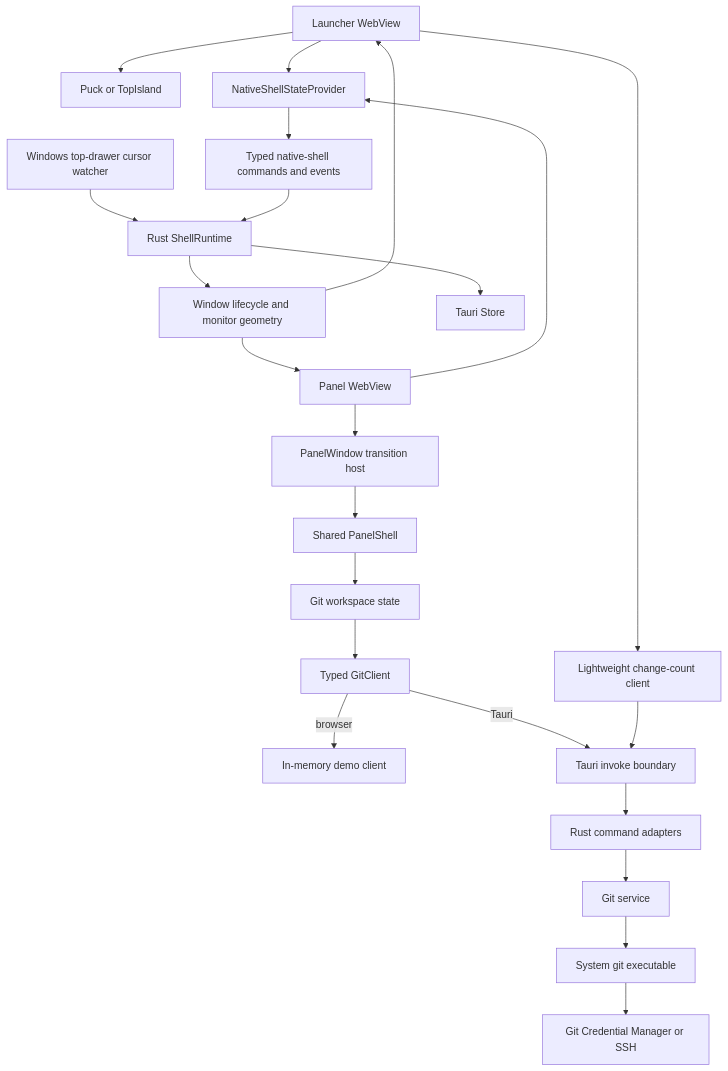
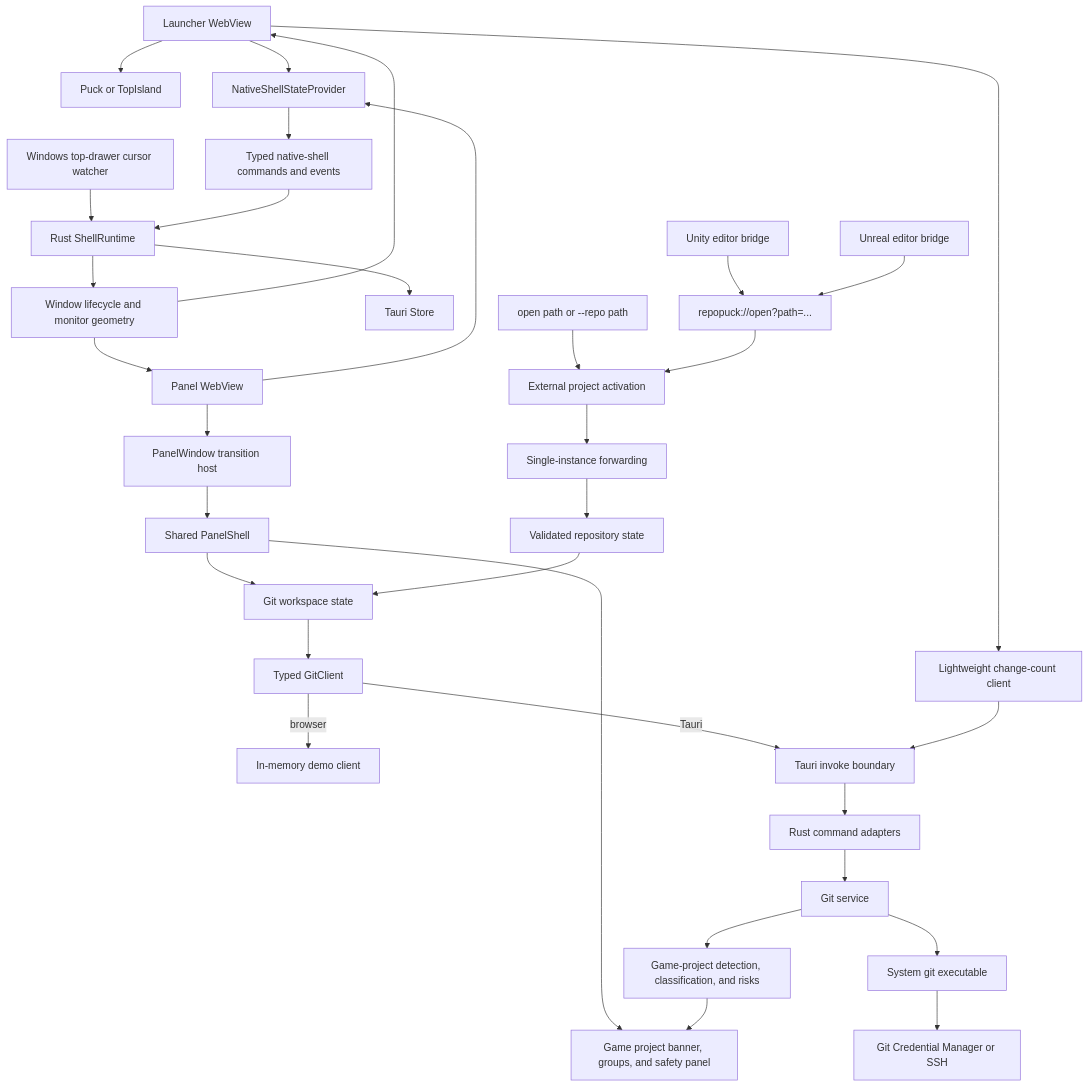
The first of 3 diagrams in docs/architecture.md (YYchainsAw/RepoPuck), drawn with Mermaid before and after one commit. The commit also changed other lines of this file and 4 other files, not shown here.

Commit message:
docs: document game editor workflows

````diff
--- a/docs/architecture.md
+++ b/docs/architecture.md
@@ -15,28 +15,39 @@
 ```mermaid
 flowchart TD
     Launcher["Launcher WebView"] --> Puck["Puck or TopIsland"]
     PanelView["Panel WebView"] --> PanelWindow["PanelWindow transition host"]
     PanelWindow --> PanelShell["Shared PanelShell"]
     PanelShell --> Workspace["Git workspace state"]
+    PanelShell --> GameUI["Game project banner, groups, and safety panel"]
     Launcher --> CountClient["Lightweight change-count client"]
 
     Launcher --> NativeProvider["NativeShellStateProvider"]
     PanelView --> NativeProvider
     NativeProvider --> NativeCommands["Typed native-shell commands and events"]
 
     Drawer["Windows top-drawer cursor watcher"] --> Runtime["Rust ShellRuntime"]
     NativeCommands --> Runtime
     Runtime --> Windowing["Window lifecycle and monitor geometry"]
     Runtime --> Store["Tauri Store"]
     Windowing --> Launcher
     Windowing --> PanelView
 
+    Unity["Unity editor bridge"] --> Protocol["repopuck://open?path=..."]
+    Unreal["Unreal editor bridge"] --> Protocol
+    CLI["open path or --repo path"] --> Activation["External project activation"]
+    Protocol --> Activation
+    Activation --> Single["Single-instance forwarding"]
+    Single --> Repository["Validated repository state"]
+    Repository --> Workspace
+
     Workspace --> GitClient["Typed GitClient"]
     GitClient -->|"browser"| Demo["In-memory demo client"]
     GitClient -->|"Tauri"| Invoke["Tauri invoke boundary"]
     CountClient --> Invoke
     Invoke --> Commands["Rust command adapters"]
     Commands --> GitService["Git service"]
+    GitService --> GameAnalysis["Game-project detection, classification, and risks"]
+    GameAnalysis --> GameUI
     GitService --> Git["System git executable"]
     Git --> Auth["Git Credential Manager or SSH"]
 ```
````
